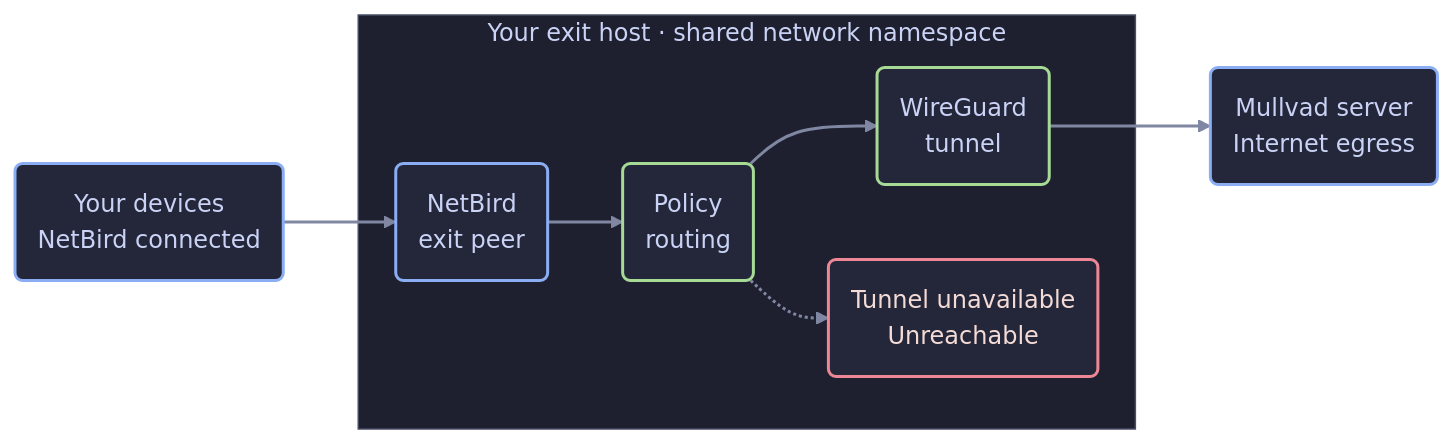
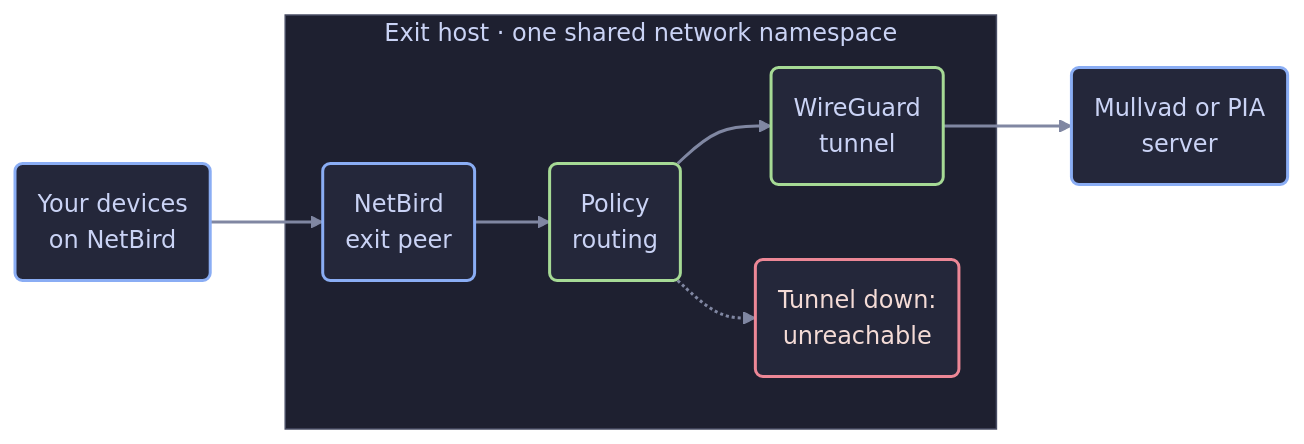
Before and after one commit to irashack/molebridge: the diagram in README.md, drawn with Mermaid. The commit also changed other lines of this file and 23 other files, not shown here.

````diff
--- a/README.md
+++ b/README.md
@@ -40,27 +35,27 @@
 ```mermaid
 flowchart LR
-    device("Your devices<br/>NetBird connected")
-    mullvad("Mullvad server<br/>Internet egress")
+    device("Your devices<br/>on NetBird")
+    provider("Mullvad or PIA<br/>server")
 
-    subgraph host["Your exit host · shared network namespace"]
+    subgraph host["Exit host · one shared network namespace"]
         peer("NetBird<br/>exit peer")
         route("Policy<br/>routing")
         tunnel("WireGuard<br/>tunnel")
-        blocked("Tunnel unavailable<br/>Unreachable")
+        blocked("Tunnel down:<br/>unreachable")
         peer --> route
         route --> tunnel
         route -.-> blocked
     end
 
     device --> peer
-    tunnel --> mullvad
+    tunnel --> provider
 
     classDef endpoint fill:#24273a,stroke:#8aadf4,color:#cad3f5,stroke-width:2px
     classDef routing fill:#24273a,stroke:#a6da95,color:#cad3f5,stroke-width:2px
     classDef stopped fill:#24273a,stroke:#ed8796,color:#f4dbd6,stroke-width:2px
-    class device,peer,mullvad endpoint
+    class device,peer,provider endpoint
     class route,tunnel routing
     class blocked stopped
     style host fill:#1e2030,stroke:#494d64,color:#cad3f5
     linkStyle default stroke:#8087a2,stroke-width:2px
 ```
````
